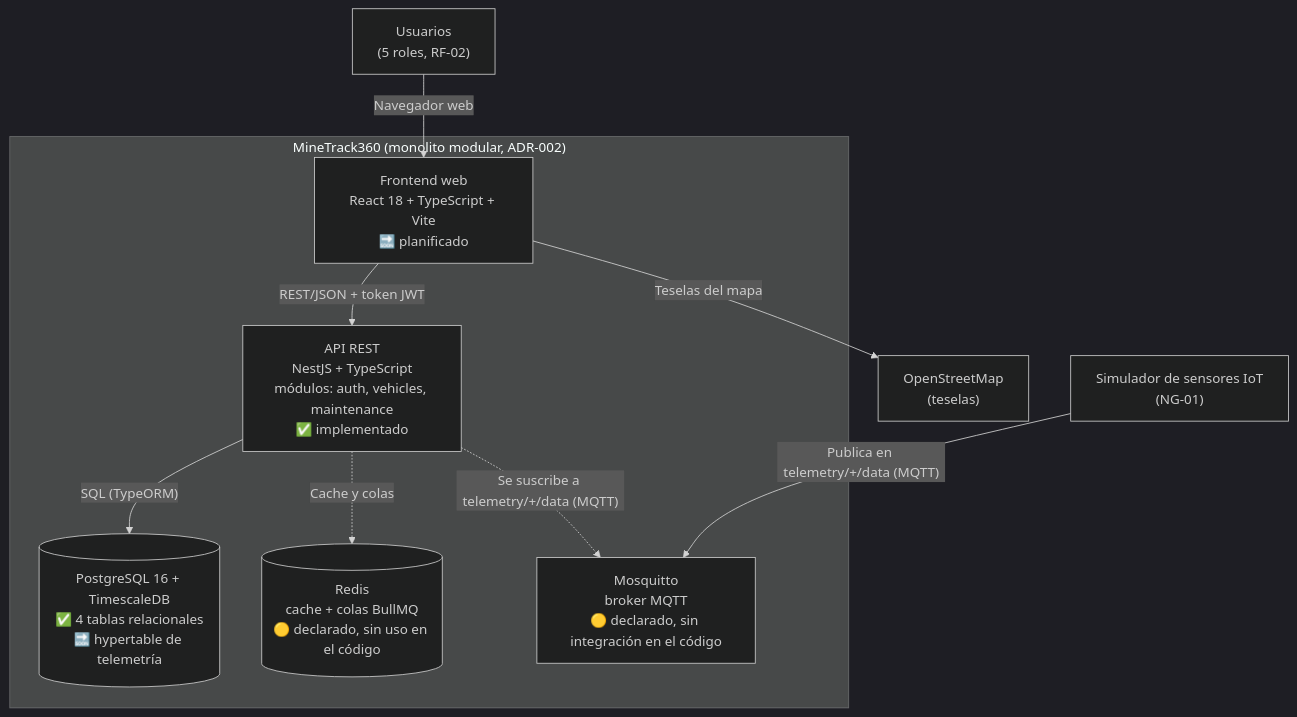
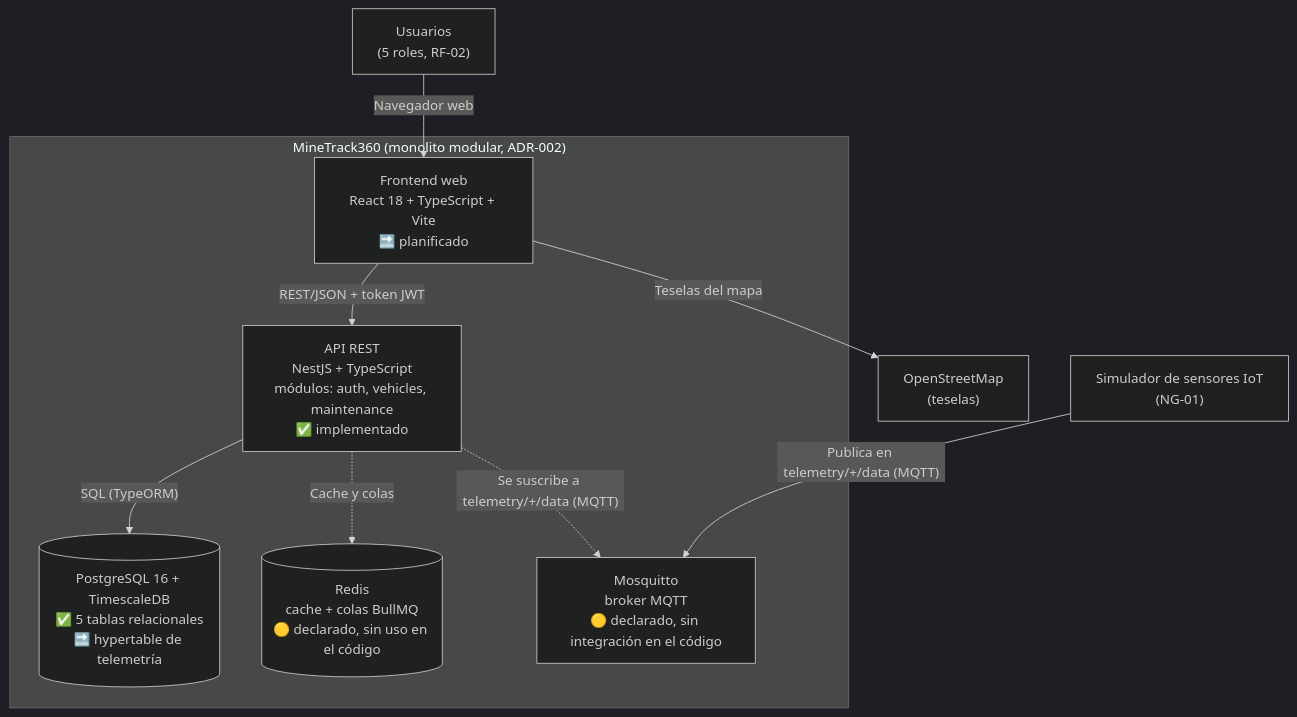
The diagram in docs/arquitectura/C4-contenedores.md (IES9018/camilaScheurer-MineTrack360), drawn with Mermaid (dark theme) before and after one commit. The commit also changed other lines of this file and 18 other files, not shown here.

````diff
--- a/docs/arquitectura/C4-contenedores.md
+++ b/docs/arquitectura/C4-contenedores.md
@@ -14,22 +14,22 @@
 ```mermaid
 flowchart TB
     user["Usuarios<br/>(5 roles, RF-02)"]
     sim["Simulador de sensores IoT<br/>(NG-01)"]
     osm["OpenStreetMap<br/>(teselas)"]
 
     subgraph sys["MineTrack360 (monolito modular, ADR-002)"]
         web["Frontend web<br/>React 18 + TypeScript + Vite<br/>🔜 planificado"]
         api["API REST<br/>NestJS + TypeScript<br/>módulos: auth, vehicles, maintenance<br/>✅ implementado"]
-        db[("PostgreSQL 16 + TimescaleDB<br/>✅ 4 tablas relacionales<br/>🔜 hypertable de telemetría")]
+        db[("PostgreSQL 16 + TimescaleDB<br/>✅ 5 tablas relacionales<br/>🔜 hypertable de telemetría")]
         redis[("Redis<br/>cache + colas BullMQ<br/>🟡 declarado, sin uso en el código")]
         mqtt["Mosquitto<br/>broker MQTT<br/>🟡 declarado, sin integración en el código"]
     end
 
     user -->|"Navegador web"| web
     web -->|"REST/JSON + token JWT"| api
     web -->|"Teselas del mapa"| osm
     api -->|"SQL (TypeORM)"| db
     api -.->|"Cache y colas"| redis
     api -.->|"Se suscribe a telemetry/+/data (MQTT)"| mqtt
     sim -->|"Publica en telemetry/+/data (MQTT)"| mqtt
 ```
````
